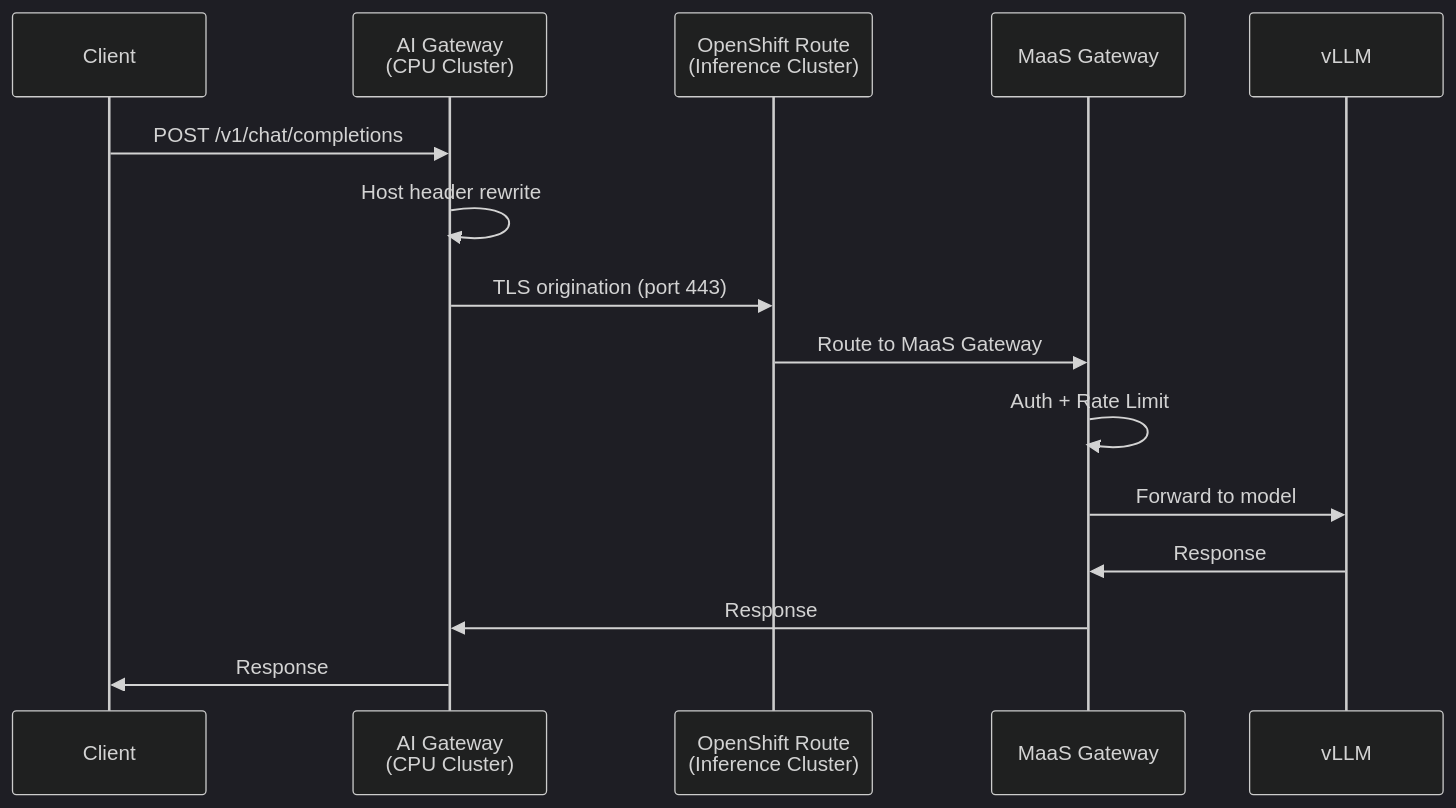
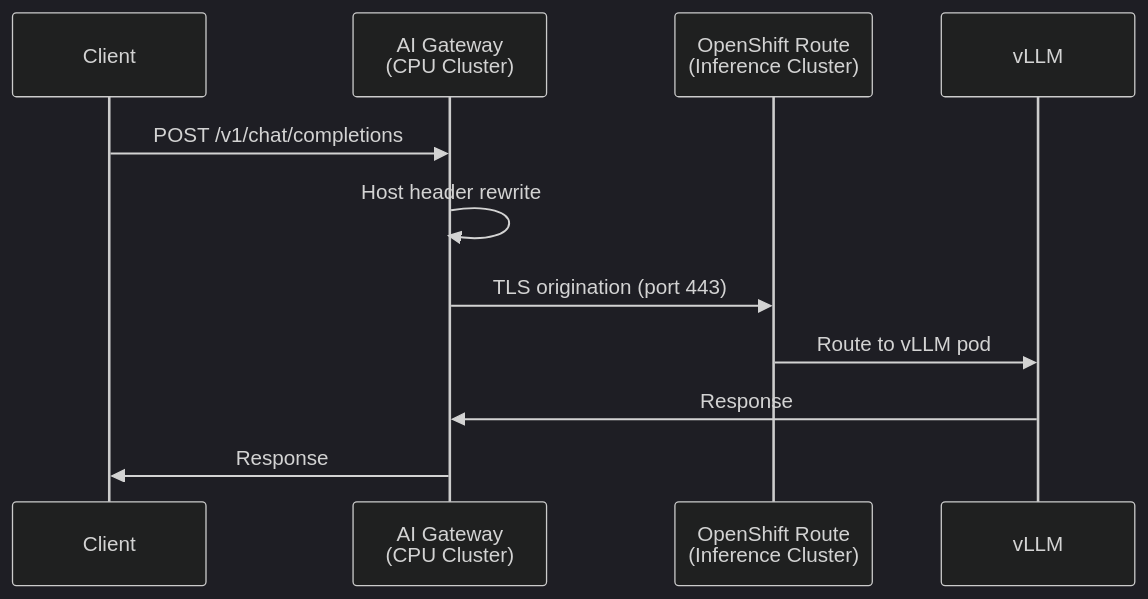
The second of 3 diagrams in README.md (rrbanda/maas-demo), drawn with Mermaid (dark theme) before and after one commit. The commit also changed other lines of this file and 3 other files, not shown here.

````diff
--- a/README.md
+++ b/README.md
@@ -55,18 +56,14 @@
 ```mermaid
 sequenceDiagram
     participant C as Client
     participant GW as AI Gateway<br/>(CPU Cluster)
     participant RT as OpenShift Route<br/>(Inference Cluster)
-    participant M as MaaS Gateway
     participant V as vLLM
 
     C->>GW: POST /v1/chat/completions
     GW->>GW: Host header rewrite
     GW->>RT: TLS origination (port 443)
-    RT->>M: Route to MaaS Gateway
-    M->>M: Auth + Rate Limit
-    M->>V: Forward to model
-    V->>M: Response
-    M->>GW: Response
+    RT->>V: Route to vLLM pod
+    V->>GW: Response
     GW->>C: Response
 ```
````
